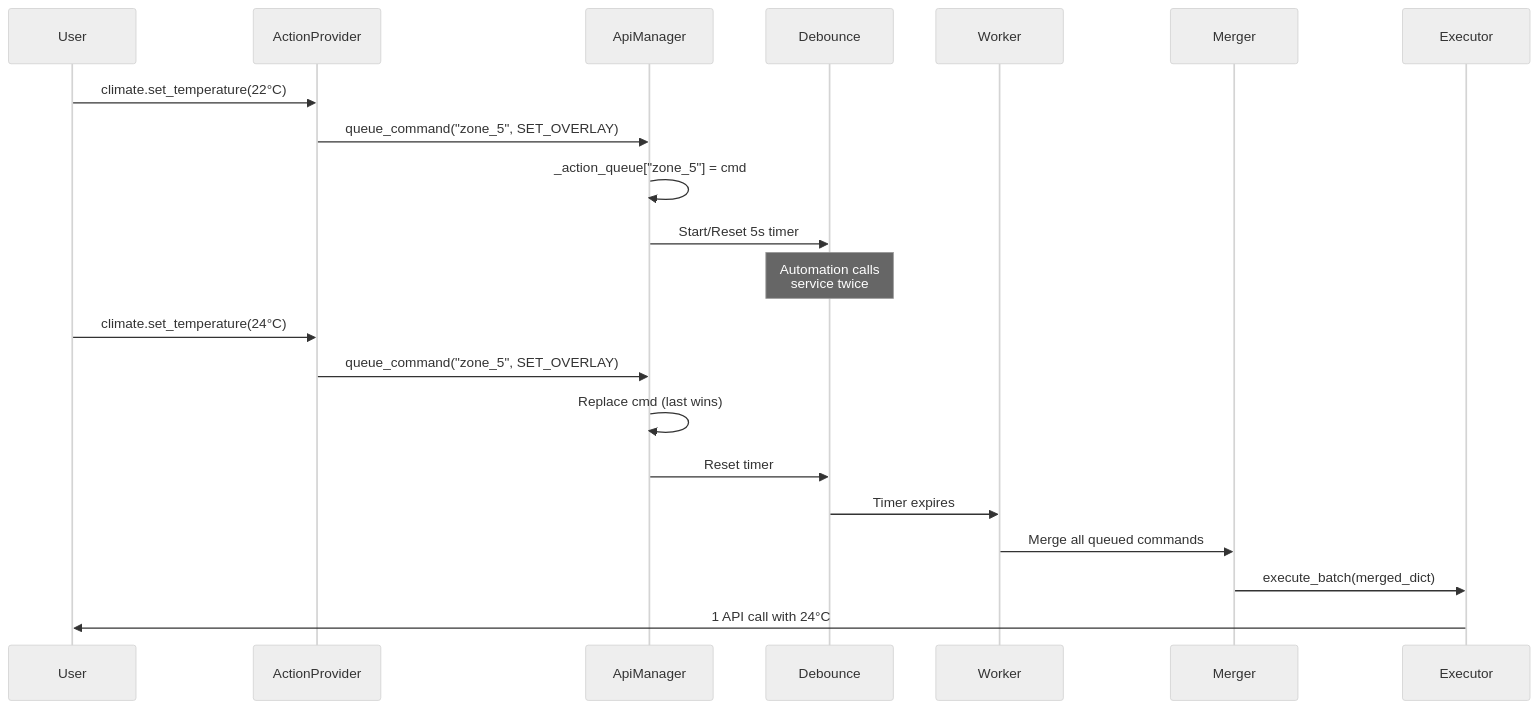
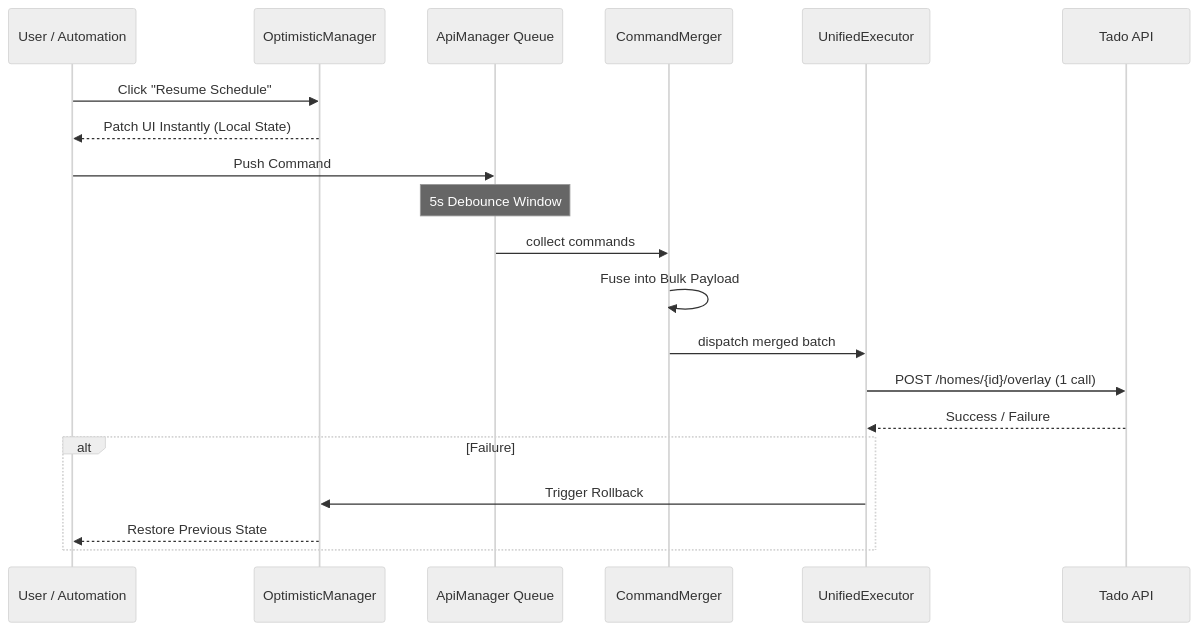
One commit to laurensdehoorne/tado_hijack changed the first of 2 diagrams in docs/DESIGN.md. Above: the diagram before and after it, drawn with Mermaid (neutral theme). The commit also changed other lines of this file and 7 other files, not shown here.

````diff
--- a/docs/DESIGN.md
+++ b/docs/DESIGN.md
@@ -160,27 +11,23 @@
 ```mermaid
 sequenceDiagram
-    participant User
-    participant ActionProvider
-    participant ApiManager
-    participant Debounce
-    participant Worker
-    participant Merger
-    participant Executor
+    participant U as User / Automation
+    participant O as OptimisticManager
+    participant Q as ApiManager Queue
+    participant M as CommandMerger
+    participant E as UnifiedExecutor
+    participant T as Tado API
 
-    User->>ActionProvider: climate.set_temperature(22°C)
-    ActionProvider->>ApiManager: queue_command("zone_5", SET_OVERLAY)
-    ApiManager->>ApiManager: _action_queue["zone_5"] = cmd
-    ApiManager->>Debounce: Start/Reset 5s timer
-
-    Note over Debounce: Automation calls<br/>service twice
-
-    User->>ActionProvider: climate.set_temperature(24°C)
-    ActionProvider->>ApiManager: queue_command("zone_5", SET_OVERLAY)
-    ApiManager->>ApiManager: Replace cmd (last wins)
-    ApiManager->>Debounce: Reset timer
-
-    Debounce->>Worker: Timer expires
-    Worker->>Merger: Merge all queued commands
-    Merger->>Executor: execute_batch(merged_dict)
-    Executor->>User: 1 API call with 24°C
+    U->>O: Click "Resume Schedule"
+    O-->>U: Patch UI Instantly (Local State)
+    U->>Q: Push Command
+    Note over Q: 5s Debounce Window
+    Q->>M: collect commands
+    M->>M: Fuse into Bulk Payload
+    M->>E: dispatch merged batch
+    E->>T: POST /homes/{id}/overlay (1 call)
+    T-->>E: Success / Failure
+    alt Failure
+        E->>O: Trigger Rollback
+        O-->>U: Restore Previous State
+    end
 ```
````
